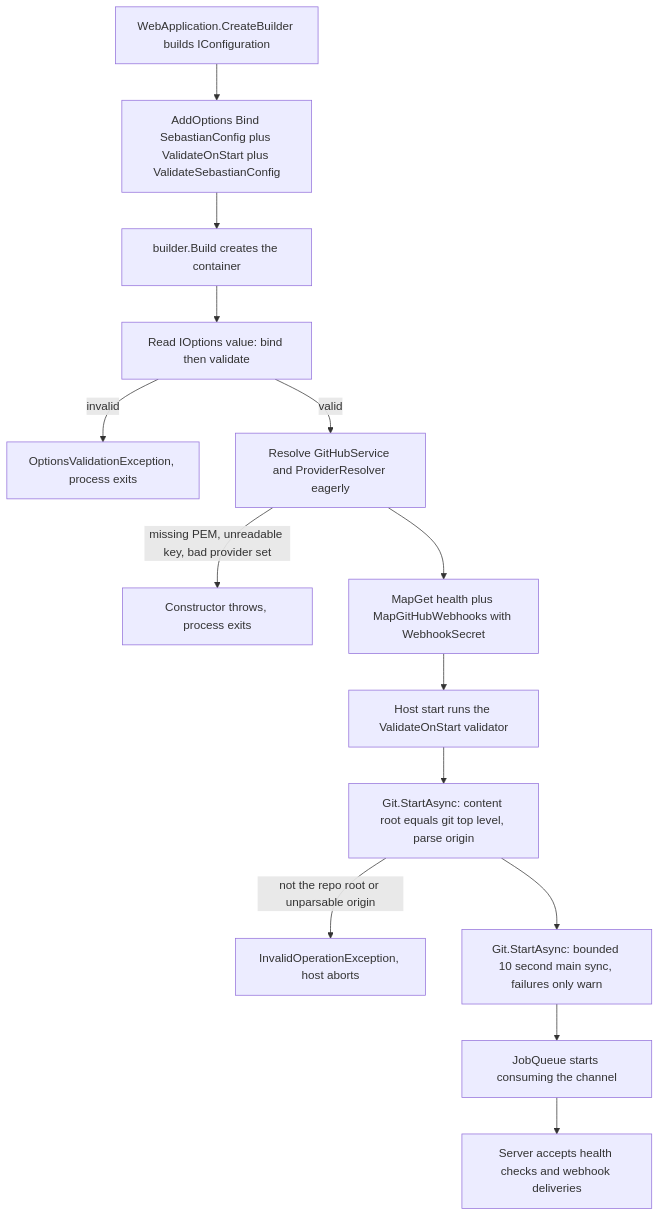
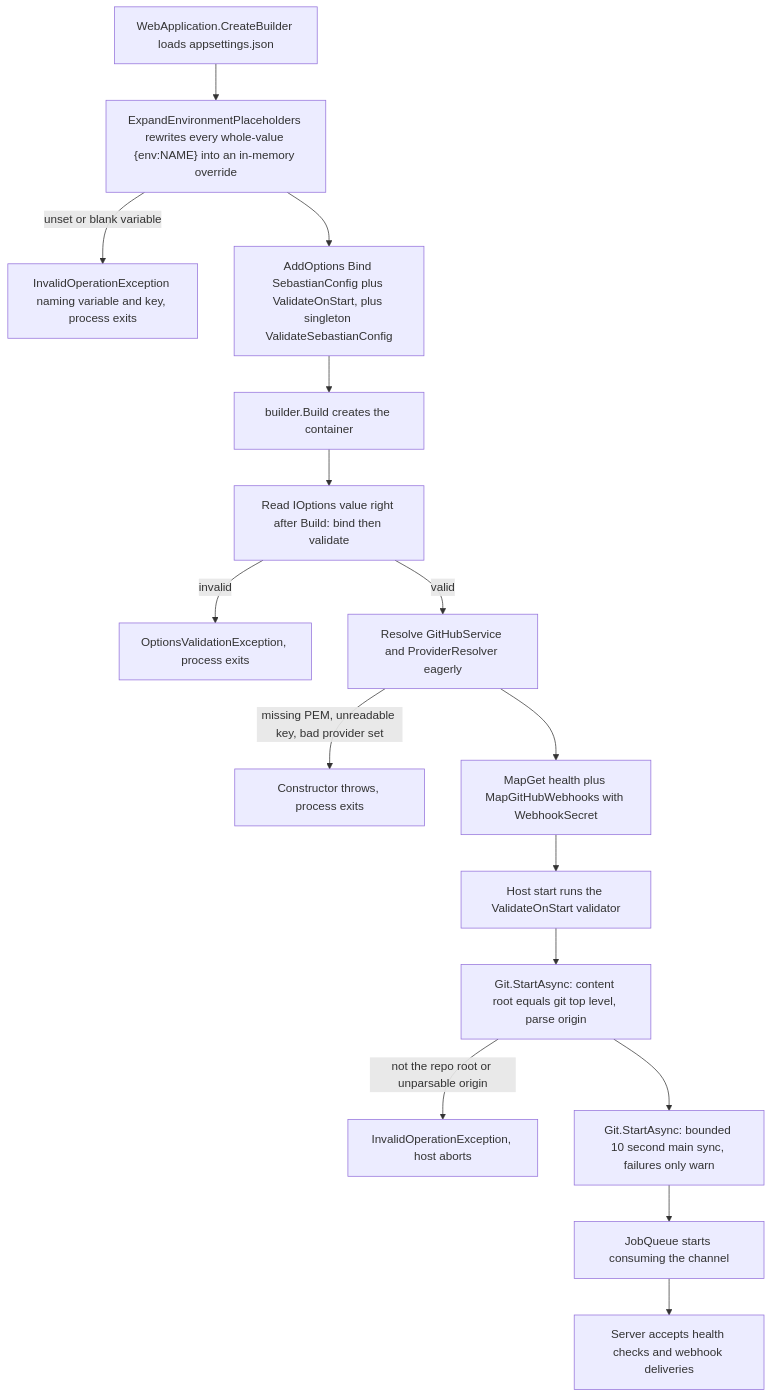
One commit to ToufiqSenpai/sebastian changed the diagram in openwiki/architecture/startup-and-composition.md. Above: the diagram before and after it, drawn with Mermaid. The commit also changed other lines of this file and 39 other files, not shown here.

````diff
--- a/openwiki/architecture/startup-and-composition.md
+++ b/openwiki/architecture/startup-and-composition.md
@@ -47,16 +53,18 @@
 ```mermaid
 flowchart TD
-    A["WebApplication.CreateBuilder builds IConfiguration"] --> B["AddOptions Bind SebastianConfig plus ValidateOnStart plus ValidateSebastianConfig"]
-    B --> C["builder.Build creates the container"]
-    C --> D["Read IOptions value: bind then validate"]
-    D -->|invalid| X1["OptionsValidationException, process exits"]
-    D -->|valid| E["Resolve GitHubService and ProviderResolver eagerly"]
-    E -->|missing PEM, unreadable key, bad provider set| X2["Constructor throws, process exits"]
-    E --> F["MapGet health plus MapGitHubWebhooks with WebhookSecret"]
-    F --> G["Host start runs the ValidateOnStart validator"]
-    G --> H["Git.StartAsync: content root equals git top level, parse origin"]
-    H -->|not the repo root or unparsable origin| X3["InvalidOperationException, host aborts"]
-    H --> I["Git.StartAsync: bounded 10 second main sync, failures only warn"]
-    I --> J["JobQueue starts consuming the channel"]
-    J --> K["Server accepts health checks and webhook deliveries"]
+    A["WebApplication.CreateBuilder loads appsettings.json"] --> B["ExpandEnvironmentPlaceholders rewrites every whole-value {env:NAME} into an in-memory override"]
+    B -->|unset or blank variable| X0["InvalidOperationException naming variable and key, process exits"]
+    B --> C["AddOptions Bind SebastianConfig plus ValidateOnStart, plus singleton ValidateSebastianConfig"]
+    C --> D["builder.Build creates the container"]
+    D --> E["Read IOptions value right after Build: bind then validate"]
+    E -->|invalid| X1["OptionsValidationException, process exits"]
+    E -->|valid| F["Resolve GitHubService and ProviderResolver eagerly"]
+    F -->|missing PEM, unreadable key, bad provider set| X2["Constructor throws, process exits"]
+    F --> G["MapGet health plus MapGitHubWebhooks with WebhookSecret"]
+    G --> H["Host start runs the ValidateOnStart validator"]
+    H --> I["Git.StartAsync: content root equals git top level, parse origin"]
+    I -->|not the repo root or unparsable origin| X3["InvalidOperationException, host aborts"]
+    I --> J["Git.StartAsync: bounded 10 second main sync, failures only warn"]
+    J --> K["JobQueue starts consuming the channel"]
+    K --> L["Server accepts health checks and webhook deliveries"]
 ```
````
